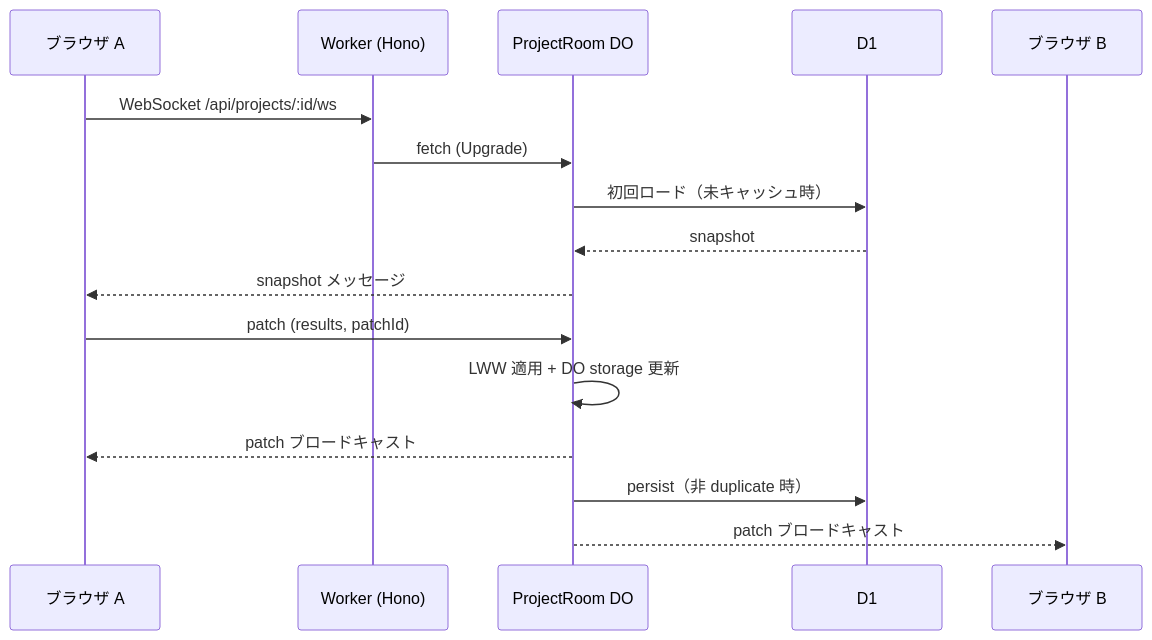
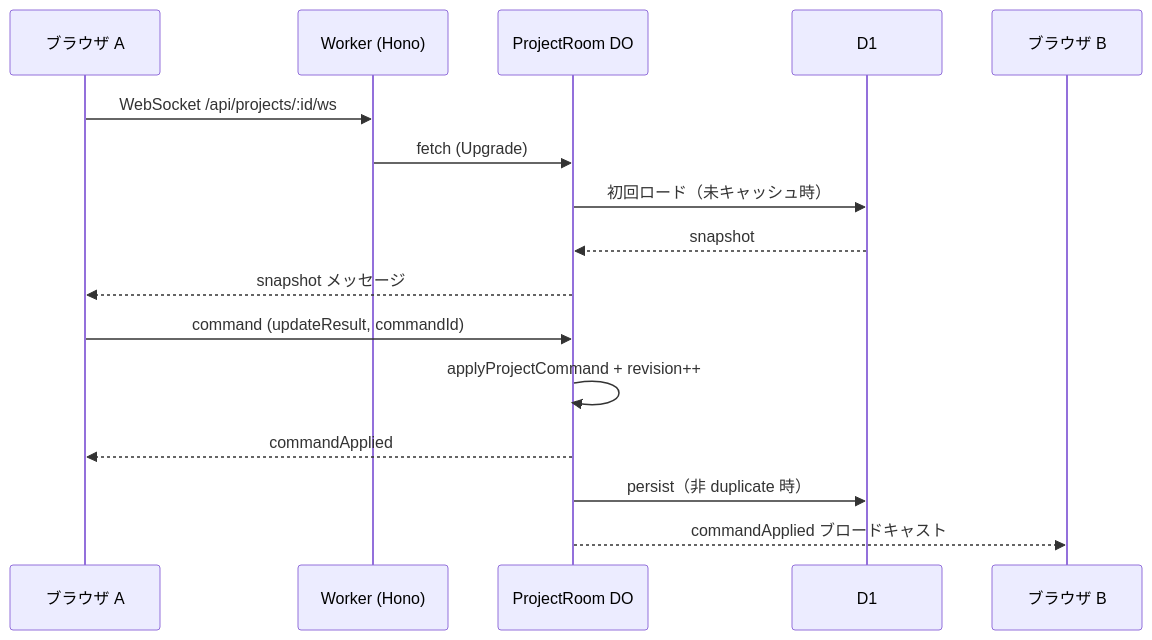
The fifth of 6 diagrams in docs/architecture.md (fuyuz/qarows), drawn with Mermaid before and after one commit. The commit also changed other lines of this file, not shown here.

First line of the commit message:
Document Command sync model and shared packages in architecture.md.

````diff
--- a/docs/architecture.md
+++ b/docs/architecture.md
@@ -126,21 +197,21 @@
 ```mermaid
 sequenceDiagram
   participant A as ブラウザ A
   participant W as Worker (Hono)
   participant DO as ProjectRoom DO
   participant D1 as D1
 
   A->>W: WebSocket /api/projects/:id/ws
   W->>DO: fetch (Upgrade)
   DO->>D1: 初回ロード（未キャッシュ時）
   D1-->>DO: snapshot
   DO-->>A: snapshot メッセージ
 
-  A->>DO: patch (results, patchId)
-  DO->>DO: LWW 適用 + DO storage 更新
-  DO-->>A: patch ブロードキャスト
+  A->>DO: command (updateResult, commandId)
+  DO->>DO: applyProjectCommand + revision++
+  DO-->>A: commandApplied
   DO->>D1: persist（非 duplicate 時）
 
   participant B as ブラウザ B
-  DO-->>B: patch ブロードキャスト
+  DO-->>B: commandApplied ブロードキャスト
 ```
````
